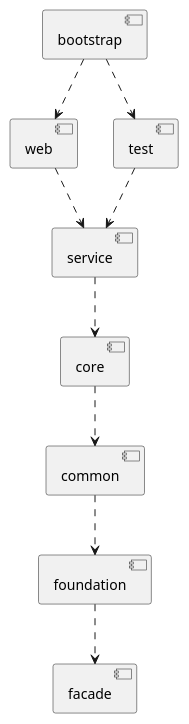
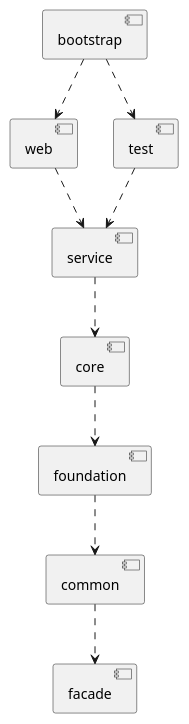
The diagram in documentation/backend/structure/submodule structure.pu (aldihsuhandi/skripsi-2023), drawn with PlantUML before and after one commit.

Commit message:
add submodule structure

```diff
--- a/documentation/backend/structure/submodule structure.pu
+++ b/documentation/backend/structure/submodule structure.pu
@@ -1,23 +1,23 @@
 @startuml submodule
 
 [facade]
 [service]
 [foundation]
 [core]
 [common]
 [web]
 [bootstrap]
 [test]
 
 
 
 bootstrap -.> test
 bootstrap -.> web
 test -.> service
 web -.> service
 service -.> core
-core -.> common
-common -.> foundation
-foundation -.> facade
+core -.> foundation
+foundation -.> common
+common -.> facade
 
 @enduml
```
